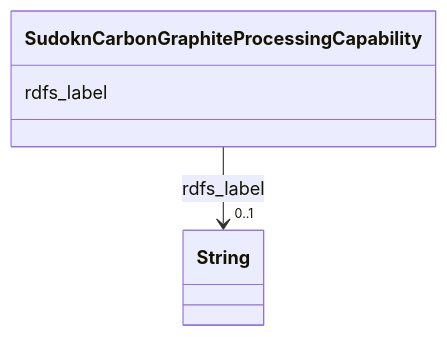
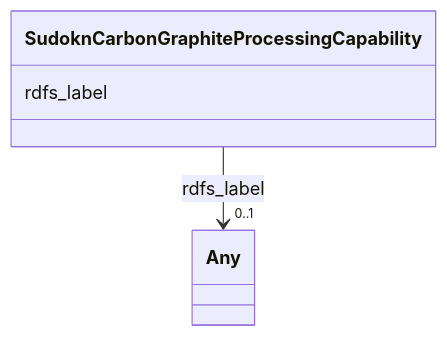
The diagram in sudokn-kg/classes/SudoknCarbonGraphiteProcessingCapability.md (frink-okn/graph-descriptions), drawn with Mermaid before and after one commit. The commit also changed other lines of this file and 903 other files, not shown here.

````diff
--- a/sudokn-kg/classes/SudoknCarbonGraphiteProcessingCapability.md
+++ b/sudokn-kg/classes/SudoknCarbonGraphiteProcessingCapability.md
@@ -23,15 +18,15 @@
 ```mermaid
  classDiagram
     class SudoknCarbonGraphiteProcessingCapability
     click SudoknCarbonGraphiteProcessingCapability href "../SudoknCarbonGraphiteProcessingCapability"
       SudoknCarbonGraphiteProcessingCapability : rdfs_label
         
           
     
     
-    SudoknCarbonGraphiteProcessingCapability --> "0..1" String : rdfs_label
-    click String href "../String"
+    SudoknCarbonGraphiteProcessingCapability --> "0..1" Any : rdfs_label
+    click Any href "../Any"
 
         
       
 ```
````
